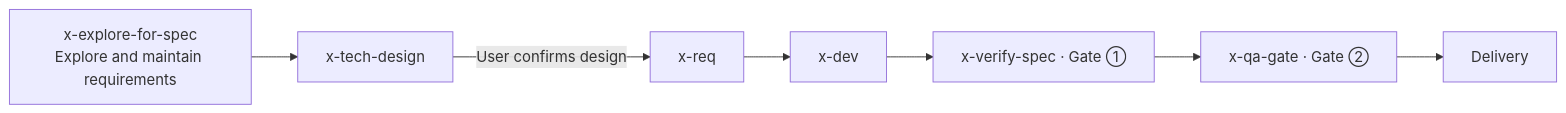
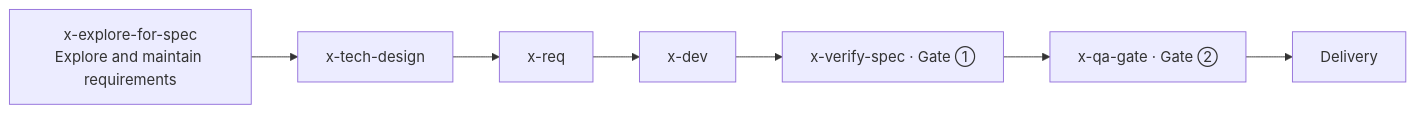
The diagram in README.md (KtKID/x-dev-pipeline), drawn with Mermaid before and after one commit. The commit also changed other lines of this file and 43 other files, not shown here.

````diff
--- a/README.md
+++ b/README.md
@@ -26,9 +26,9 @@
 ```mermaid
 flowchart LR
     A["x-explore-for-spec<br/>Explore and maintain requirements"] --> B["x-tech-design"]
-    B -->|User confirms design| C["x-req"]
+    B --> C["x-req"]
     C --> D["x-dev"]
     D --> E["x-verify-spec · Gate ①"]
     E --> F["x-qa-gate · Gate ②"]
     F --> G["Delivery"]
 ```
````
